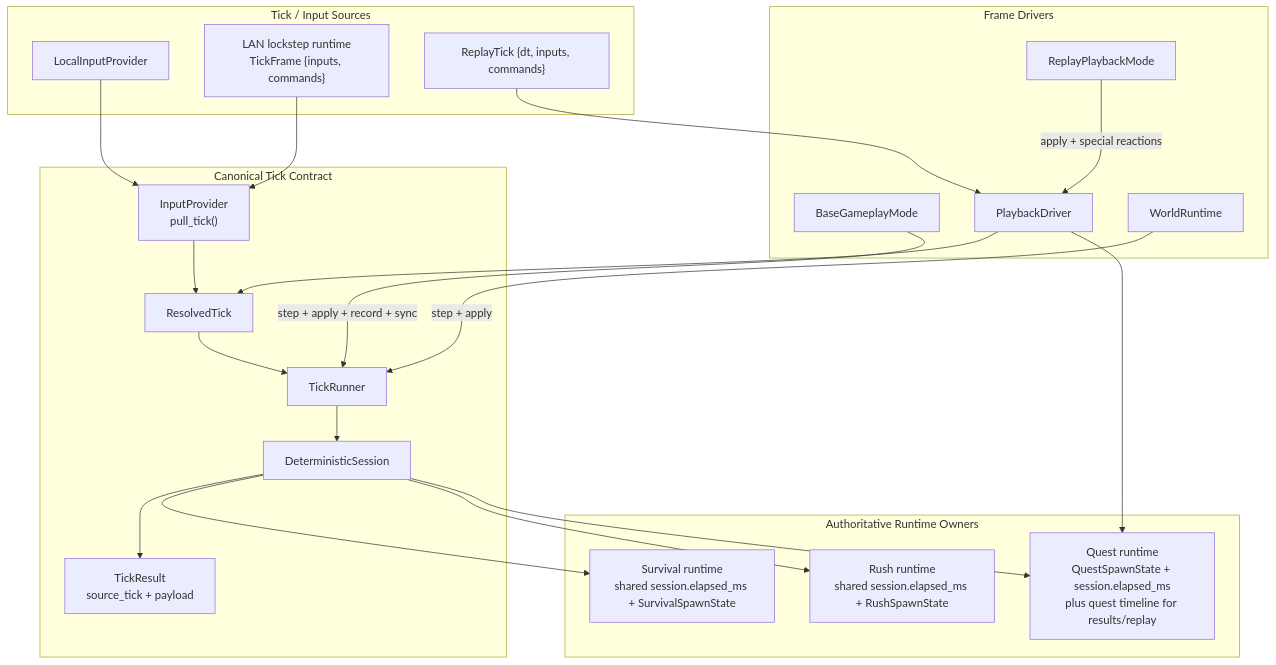
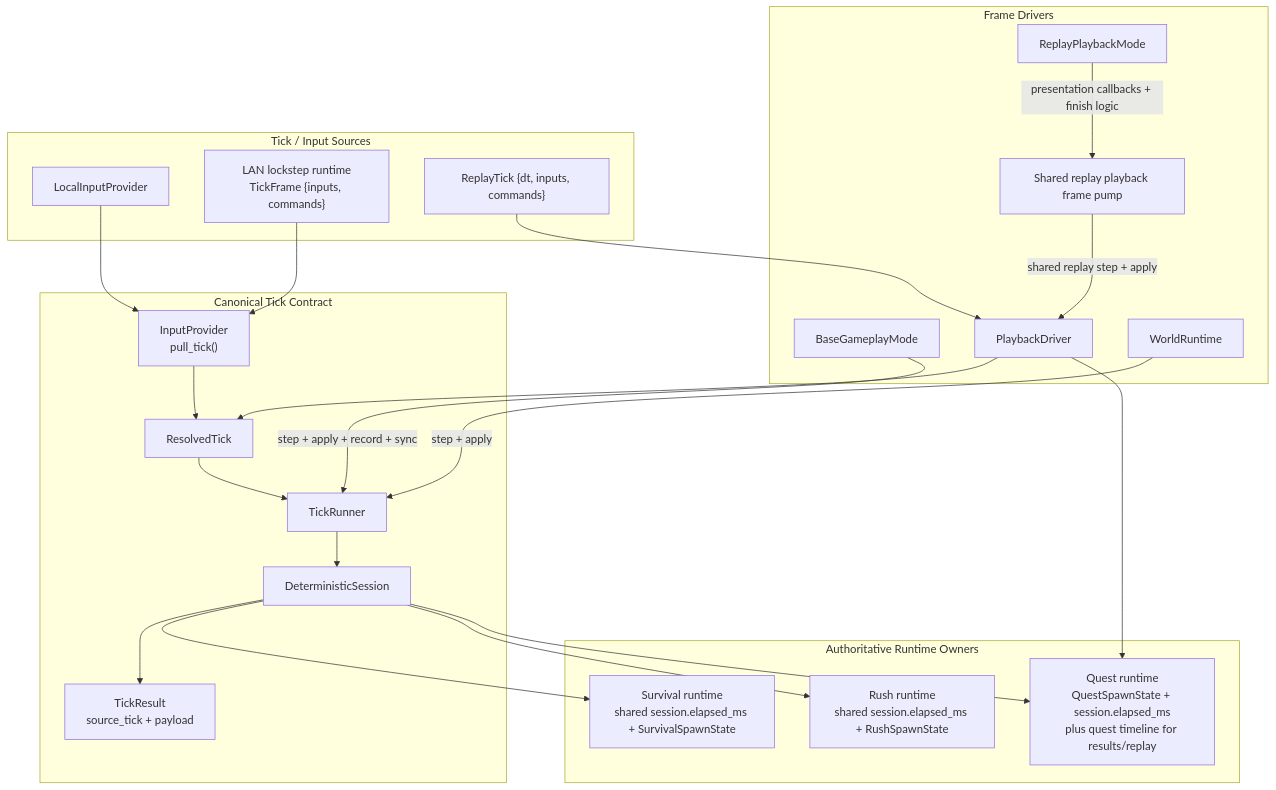
One commit to banteg/crimson changed the first of 2 diagrams in split_brain.md. Above: the diagram before and after it, drawn with Mermaid. The commit also changed other lines of this file and 4 other files, not shown here.

Commit message:
refactor: share replay playback frame pump

````diff
--- a/split_brain.md
+++ b/split_brain.md
@@ -58,43 +58,45 @@
 ```mermaid
 flowchart TD
     subgraph Sources["Tick / Input Sources"]
         Local["LocalInputProvider"]
         Lan["LAN lockstep runtime<br/>TickFrame {inputs, commands}"]
         Replay["ReplayTick {dt, inputs, commands}"]
     end
 
     subgraph TickContract["Canonical Tick Contract"]
         Provider["InputProvider<br/>pull_tick()"]
         Tick["ResolvedTick"]
         Runner["TickRunner"]
         Session["DeterministicSession"]
         Result["TickResult<br/>source_tick + payload"]
     end
 
     subgraph StateOwners["Authoritative Runtime Owners"]
         SurvivalState["Survival runtime<br/>shared session.elapsed_ms + SurvivalSpawnState"]
         RushState["Rush runtime<br/>shared session.elapsed_ms + RushSpawnState"]
         QuestState["Quest runtime<br/>QuestSpawnState + session.elapsed_ms<br/>plus quest timeline for results/replay"]
     end
 
     subgraph Drivers["Frame Drivers"]
         Base["BaseGameplayMode"]
         World["WorldRuntime"]
         ReplayMode["ReplayPlaybackMode"]
+        ReplayPump["Shared replay playback frame pump"]
         Playback["PlaybackDriver"]
     end
 
     Local --> Provider
     Lan --> Provider
     Provider --> Tick --> Runner --> Session --> Result
     Replay --> Playback --> Tick
 
     Session --> SurvivalState
     Session --> RushState
     Session --> QuestState
 
     Base -->|step + apply + record + sync| Runner
     World -->|step + apply| Runner
-    ReplayMode -->|apply + special reactions| Playback
+    ReplayMode -->|presentation callbacks + finish logic| ReplayPump
+    ReplayPump -->|shared replay step + apply| Playback
     Playback --> QuestState
 ```
````
